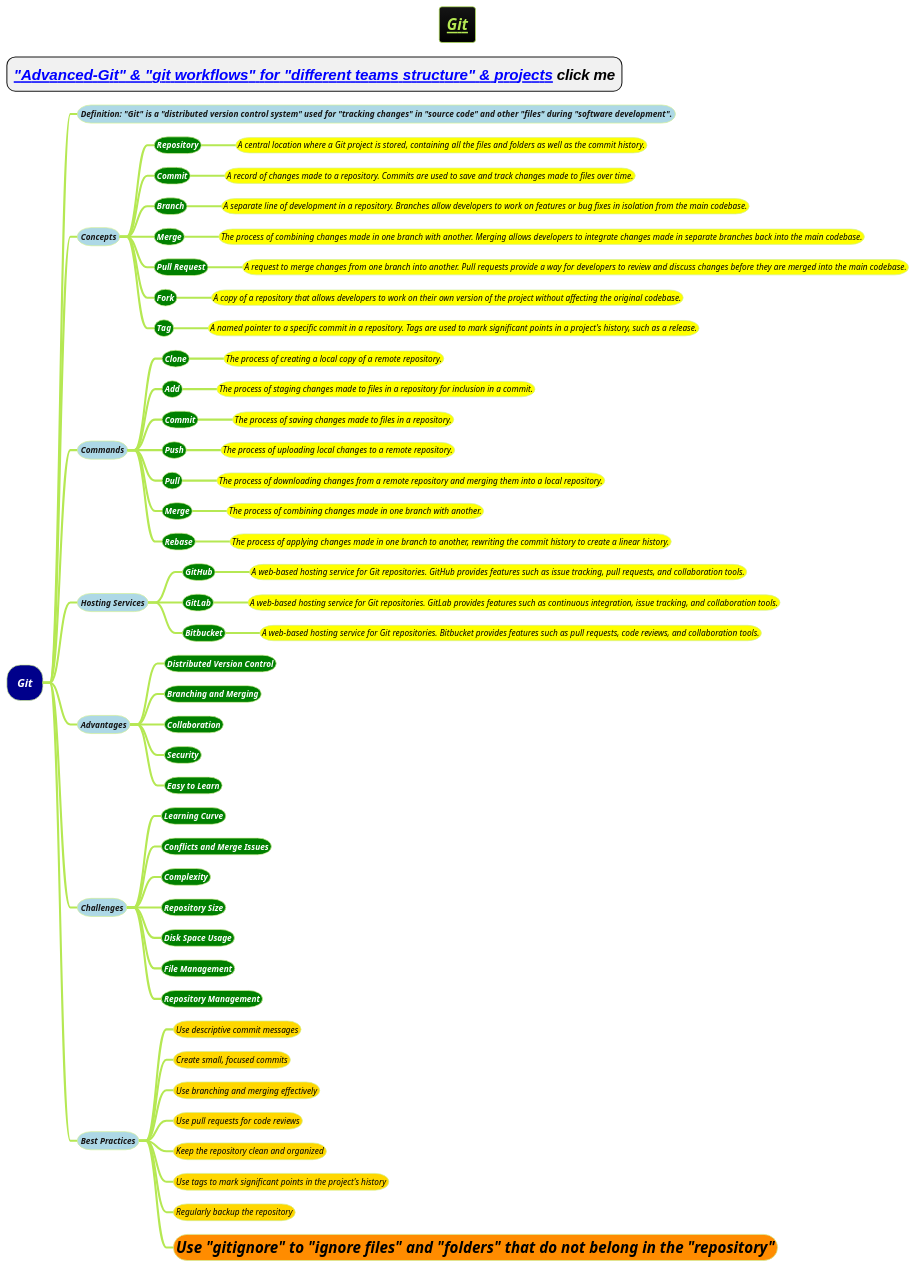
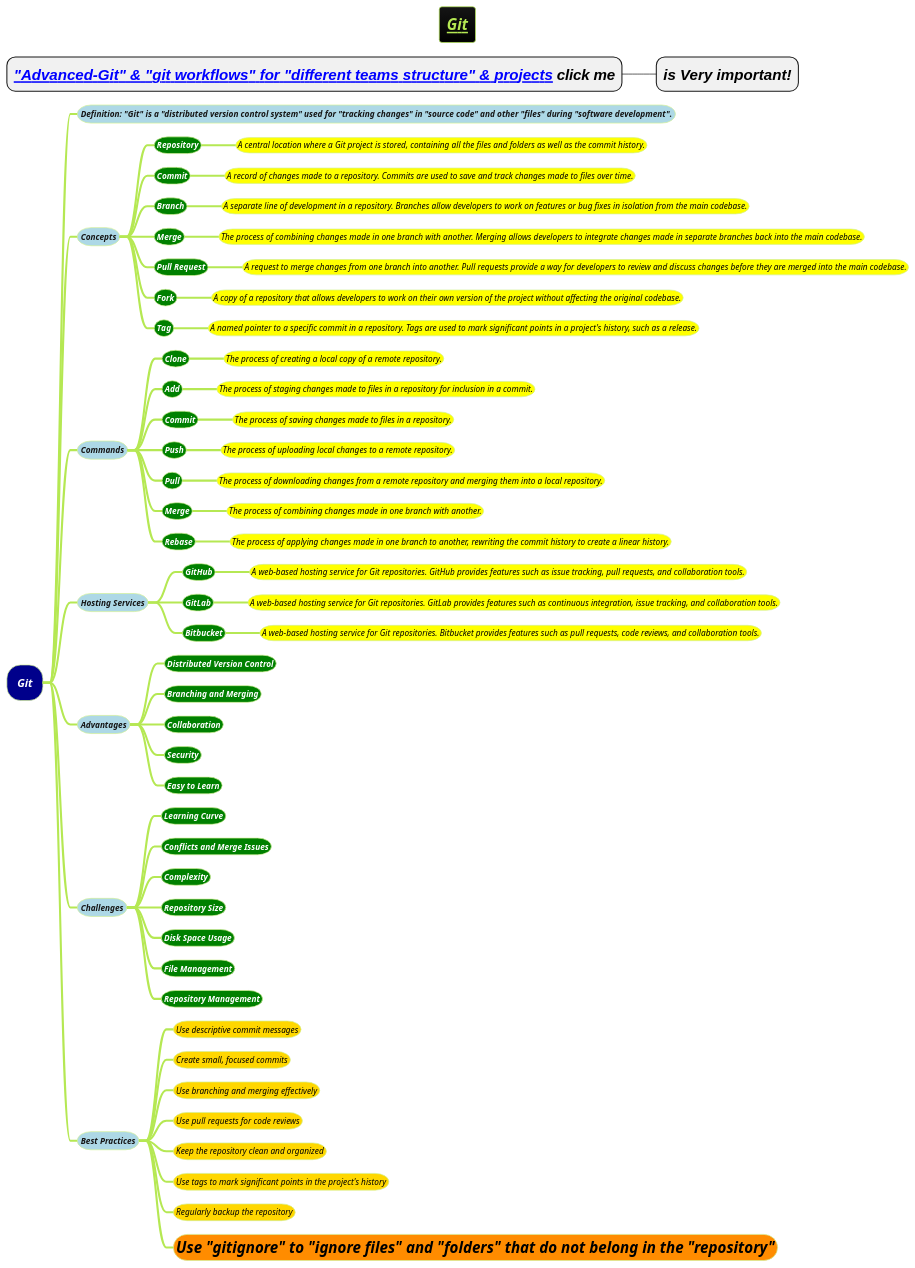
The diagram in docs/3-devops/git/Git.puml (MehmoodHashmi/Documentation-as-Code-DaC), drawn with PlantUML before and after one commit.

Commit message:
Updated existing documents & images

```diff
--- a/docs/3-devops/git/Git.puml
+++ b/docs/3-devops/git/Git.puml
@@ -1,68 +1,70 @@
 @startmindmap
 title =<i><b><u><size:18>Git
 * =<i>[[docs/3-devops/git/Advanced-Git.puml "Advanced-Git" & "git workflows" for "different teams structure" & projects]] click me
+** =<i>is Very important!
+
 !theme hacker
 
 *[#darkblue] <color #white><i>Git
 **[#lightblue] <i><color #blac><size:12>Definition: "Git" is a "distributed version control system" used for "tracking changes" in "source code" and other "files" during "software development".
 **[#lightblue] <i><color #blac><size:12>Concepts
 ***[#green] <b><i><color #white><size:12>Repository
 ****[#yellow] <i><color #black><size:12>A central location where a Git project is stored, containing all the files and folders as well as the commit history.
 ***[#green] <b><i><color #white><size:12>Commit
 ****[#yellow] <i><color #black><size:12>A record of changes made to a repository. Commits are used to save and track changes made to files over time.
 ***[#green] <b><i><color #white><size:12>Branch
 ****[#yellow] <i><color #black><size:12>A separate line of development in a repository. Branches allow developers to work on features or bug fixes in isolation from the main codebase.
 ***[#green] <b><i><color #white><size:12>Merge
 ****[#yellow] <i><color #black><size:12>The process of combining changes made in one branch with another. Merging allows developers to integrate changes made in separate branches back into the main codebase.
 ***[#green] <b><i><color #white><size:12>Pull Request
 ****[#yellow] <i><color #black><size:12>A request to merge changes from one branch into another. Pull requests provide a way for developers to review and discuss changes before they are merged into the main codebase.
 ***[#green] <b><i><color #white><size:12>Fork
 ****[#yellow] <i><color #black><size:12>A copy of a repository that allows developers to work on their own version of the project without affecting the original codebase.
 ***[#green] <b><i><color #white><size:12>Tag
 ****[#yellow] <i><color #black><size:12>A named pointer to a specific commit in a repository. Tags are used to mark significant points in a project's history, such as a release.
 **[#lightblue] <i><color #blac><size:12>Commands
 ***[#green] <b><i><color #white><size:12>Clone
 ****[#yellow] <i><color #black><size:12>The process of creating a local copy of a remote repository.
 ***[#green] <b><i><color #white><size:12>Add
 ****[#yellow] <i><color #black><size:12>The process of staging changes made to files in a repository for inclusion in a commit.
 ***[#green] <b><i><color #white><size:12>Commit
 ****[#yellow] <i><color #black><size:12>The process of saving changes made to files in a repository.
 ***[#green] <b><i><color #white><size:12>Push
 ****[#yellow] <i><color #black><size:12>The process of uploading local changes to a remote repository.
 ***[#green] <b><i><color #white><size:12>Pull
 ****[#yellow] <i><color #black><size:12>The process of downloading changes from a remote repository and merging them into a local repository.
 ***[#green] <b><i><color #white><size:12>Merge
 ****[#yellow] <i><color #black><size:12>The process of combining changes made in one branch with another.
 ***[#green] <b><i><color #white><size:12>Rebase
 ****[#yellow] <i><color #black><size:12>The process of applying changes made in one branch to another, rewriting the commit history to create a linear history.
 **[#lightblue] <i><color #blac><size:12>Hosting Services
 ***[#green] <b><i><color #white><size:12>GitHub
 ****[#yellow] <i><color #black><size:12>A web-based hosting service for Git repositories. GitHub provides features such as issue tracking, pull requests, and collaboration tools.
 ***[#green] <b><i><color #white><size:12>GitLab
 ****[#yellow] <i><color #black><size:12>A web-based hosting service for Git repositories. GitLab provides features such as continuous integration, issue tracking, and collaboration tools.
 ***[#green] <b><i><color #white><size:12>Bitbucket
 ****[#yellow] <i><color #black><size:12>A web-based hosting service for Git repositories. Bitbucket provides features such as pull requests, code reviews, and collaboration tools.
 **[#lightblue] <i><color #blac><size:12>Advantages
 ***[#green] <b><i><color #white><size:12>Distributed Version Control
 ***[#green] <b><i><color #white><size:12>Branching and Merging
 ***[#green] <b><i><color #white><size:12>Collaboration
 ***[#green] <b><i><color #white><size:12>Security
 ***[#green] <b><i><color #white><size:12>Easy to Learn
 **[#lightblue] <i><color #blac><size:12>Challenges
 ***[#green] <b><i><color #white><size:12>Learning Curve
 ***[#green] <b><i><color #white><size:12>Conflicts and Merge Issues
 ***[#green] <b><i><color #white><size:12>Complexity
 ***[#green] <b><i><color #white><size:12>Repository Size
 ***[#green] <b><i><color #white><size:12>Disk Space Usage
 ***[#green] <b><i><color #white><size:12>File Management
 ***[#green] <b><i><color #white><size:12>Repository Management
 **[#lightblue] <i><color #blac><size:12>Best Practices
 ***[#gold] <i><color #black><size:12>Use descriptive commit messages
 ***[#gold] <i><color #black><size:12>Create small, focused commits
 ***[#gold] <i><color #black><size:12>Use branching and merging effectively
 ***[#gold] <i><color #black><size:12>Use pull requests for code reviews
 ***[#gold] <i><color #black><size:12>Keep the repository clean and organized
 ***[#gold] <i><color #black><size:12>Use tags to mark significant points in the project's history
 ***[#gold] <i><color #black><size:12>Regularly backup the repository
 ***[#darkorange] <i><color #black><size:22><b>Use "gitignore" to "ignore files" and "folders" that do not belong in the "repository"
 @endmindmap
```
